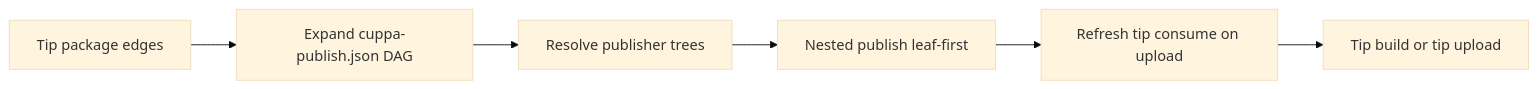
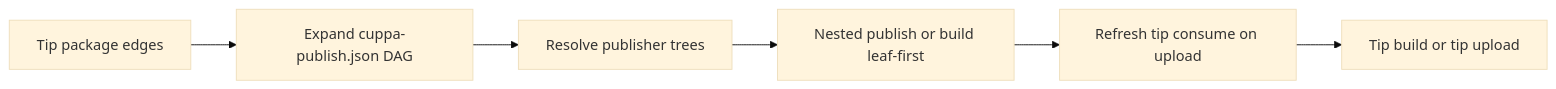
The second of 4 diagrams in docs/modules/ROOT/pages/dependencies/publishing/cascade.adoc (ja11sop/cuppa), drawn with Mermaid (base theme) before and after one commit. The commit also changed other lines of this file and 14 other files, not shown here.

First line of the commit message:
Add --build-cascade-dependencies for nest-build without upload

```diff
--- a/docs/modules/ROOT/pages/dependencies/publishing/cascade.adoc
+++ b/docs/modules/ROOT/pages/dependencies/publishing/cascade.adoc
@@ -97,12 +112,12 @@
 [mermaid]
 ....
 flowchart LR
   tipEdges[Tip package edges]
   dag[Expand cuppa-publish.json DAG]
   resolve[Resolve publisher trees]
-  nest[Nested publish leaf-first]
+  nest[Nested publish or build leaf-first]
   refresh[Refresh tip consume on upload]
   tipAction[Tip build or tip upload]
 
   tipEdges --> dag --> resolve --> nest --> refresh --> tipAction
 ....
```
